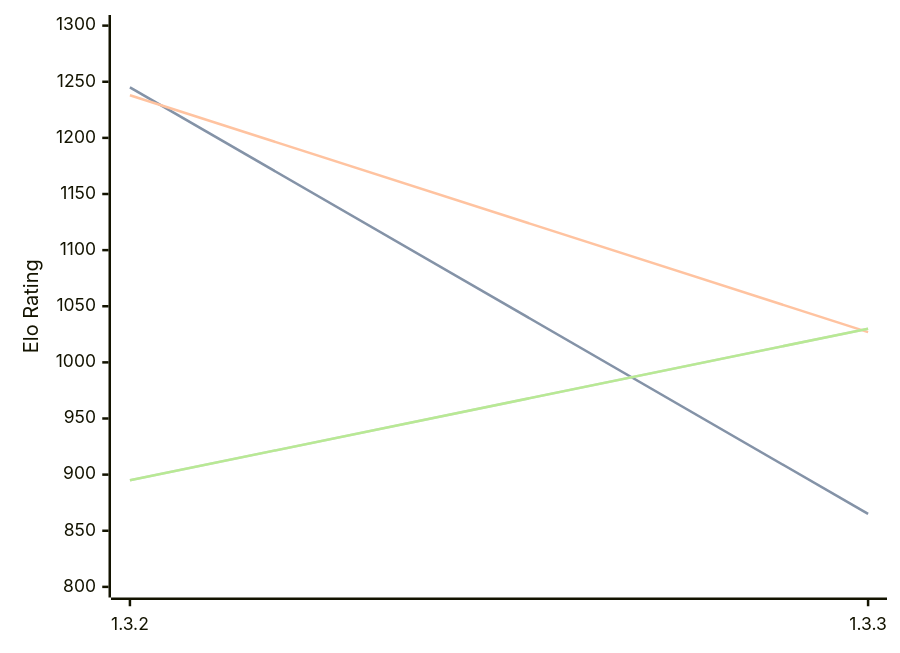
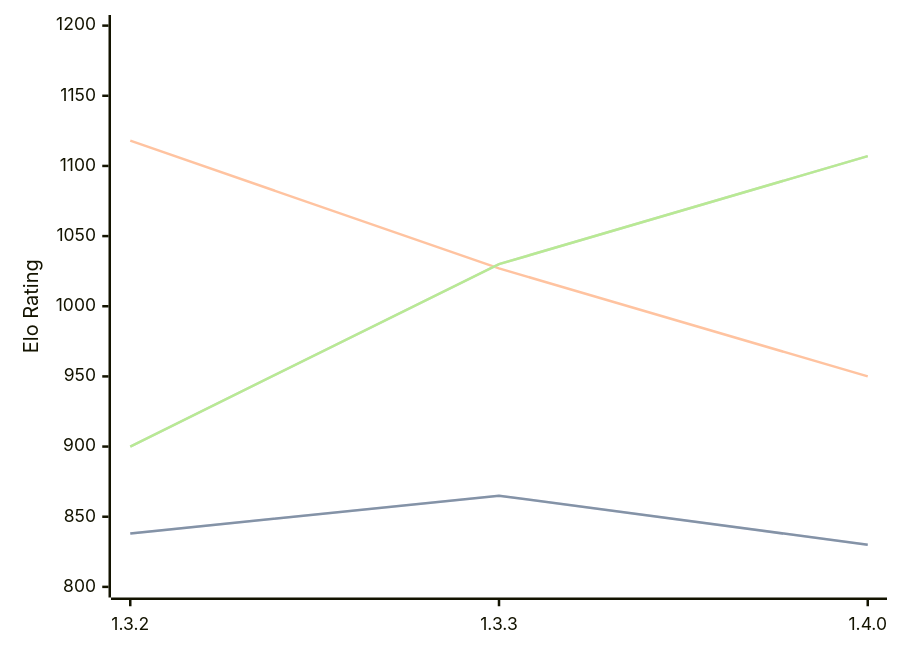
Before and after one commit to computer-chess-index/cci: the diagram in engines/Whitespine.md, drawn with Mermaid. The commit also changed other lines of this file, not shown here.

Commit message:
Update CCI Ratings (ELO VLTC) - 2026-04-29

````diff
--- a/engines/Whitespine.md
+++ b/engines/Whitespine.md
@@ -35,11 +36,11 @@
 ```mermaid
 %%{init: {"theme":"base","themeVariables":{"seriesColors:['#a3a3a3','#222221','#faa371']}}}%%
 xychart-beta
-  x-axis ["1.3.2", "1.3.3"]
-  y-axis "Elo Rating" 800 --> 1300
-  line "STC (8.0+0.08s)" [1245, 865]
-  line "STC (8.0+0.08s)" [1245, 865]
-  line "LTC (60.0+0.60s)" [1238, 1027]
-  line "VLTC (2m24s+1.12s)" [895, 1030]
-  line "VLTC (2m24s+1.12s)" [895, 1030]
+  x-axis ["1.3.2", "1.3.3", "1.4.0"]
+  y-axis "Elo Rating" 800 --> 1200
+  line "STC (8.0+0.08s)" [838, 865, 830]
+  line "STC (8.0+0.08s)" [838, 865, 830]
+  line "LTC (60.0+0.60s)" [1118, 1027, 950]
+  line "VLTC (2m24s+1.12s)" [900, 1030, 1107]
+  line "VLTC (2m24s+1.12s)" [900, 1030, 1107]
 ```
````
